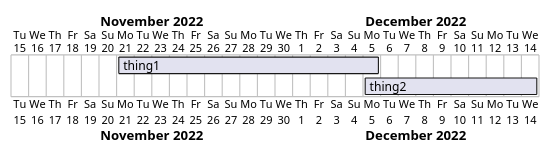
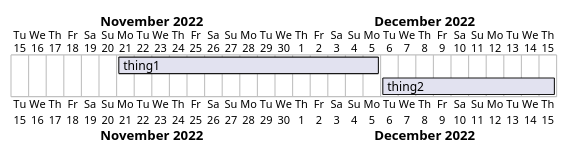
One commit to ENG1-TEAM3/project_eng1_team3 changed the diagram in umltest1.puml. Above: the diagram before and after it, drawn with PlantUML.

Commit message:
Added test plantuml gantt chart

```diff
--- a/umltest1.puml
+++ b/umltest1.puml
@@ -1,7 +1,7 @@
 @startgantt
 [thing1] lasts 15 days
 [thing2] lasts 10 days
 Project starts 2022-11-15
 [thing1] starts 2022-11-21
-[thing2] starts 2022-12-5
+[thing2] starts 2022-12-6
 @endgantt
```
